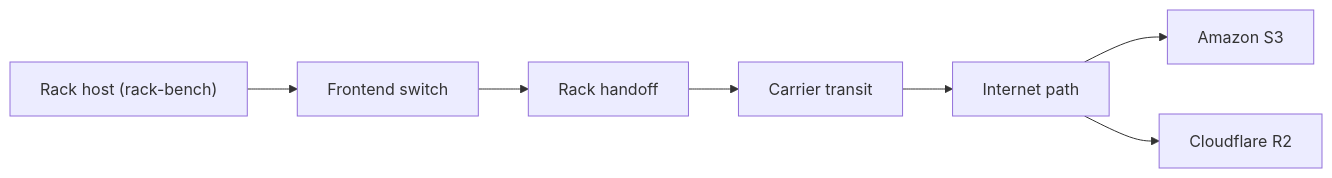
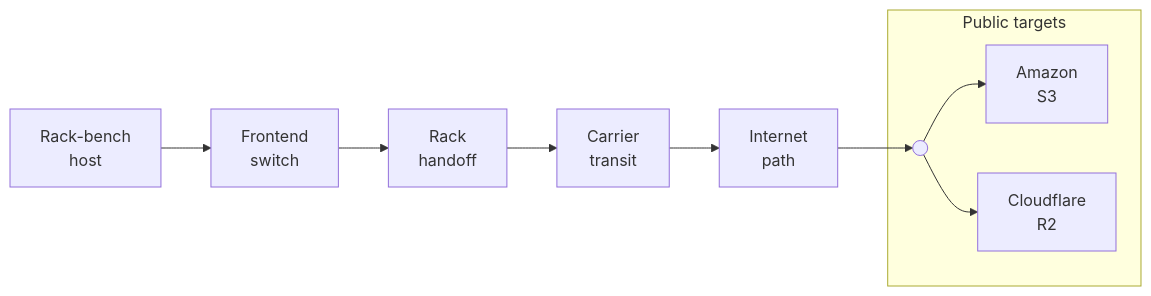
One commit to aviralmansingka/rack-bench changed the second of 3 diagrams in docs/customer/datacenter-briefing.md. Above: the diagram before and after it, drawn with Mermaid. The commit also changed other lines of this file and 6 other files, not shown here.

First line of the commit message:
docs(customer): redo mermaid diagrams to family style

````diff
--- a/docs/customer/datacenter-briefing.md
+++ b/docs/customer/datacenter-briefing.md
@@ -46,8 +49,11 @@
 ```mermaid
 flowchart LR
-    RACK["Rack host (rack-bench)"] --> SW["Frontend switch"]
-    SW --> HO["Rack handoff"] --> CAR["Carrier transit"]
-    CAR --> NET["Internet path"]
-    NET --> S3["Amazon S3"]
-    NET --> R2["Cloudflare R2"]
+    RACK["Rack-bench<br/>host"] --> SW["Frontend<br/>switch"]
+    SW --> HO["Rack<br/>handoff"] --> CAR["Carrier<br/>transit"]
+    CAR --> NET["Internet<br/>path"]
+    NET --> J((" "))
+    subgraph targets["Public targets"]
+        J --> S3["Amazon<br/>S3"]
+        J --> R2["Cloudflare<br/>R2"]
+    end
 ```
````
